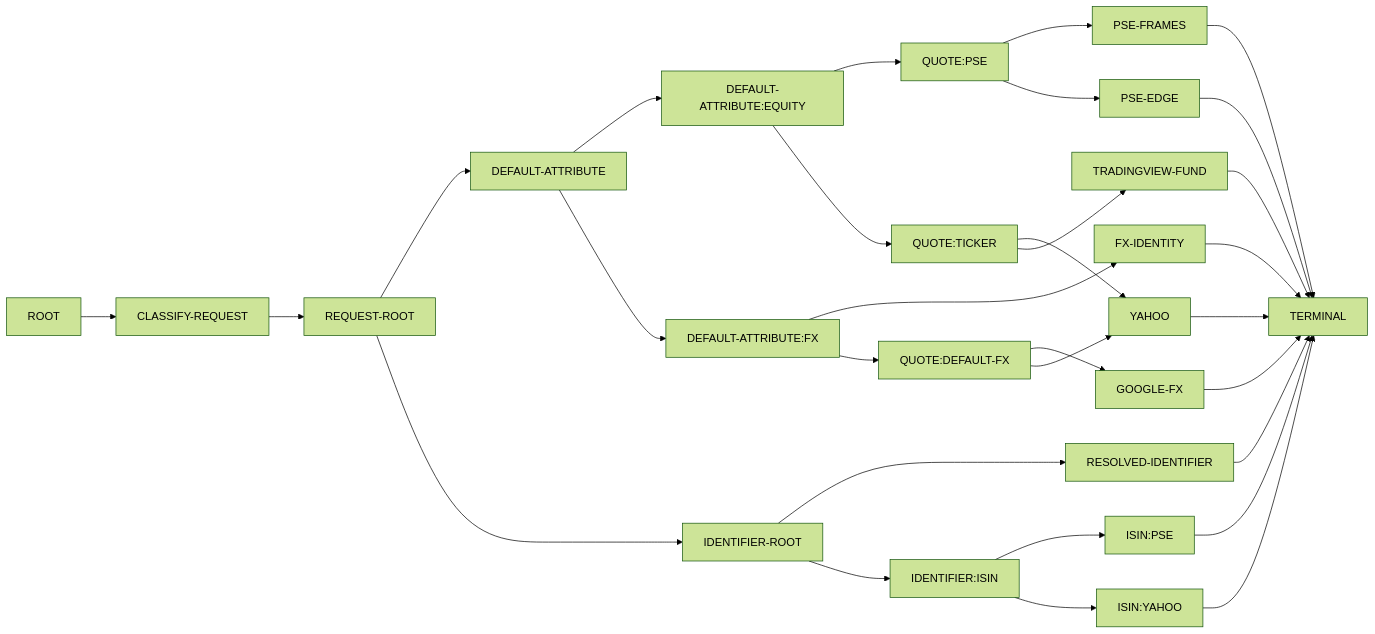
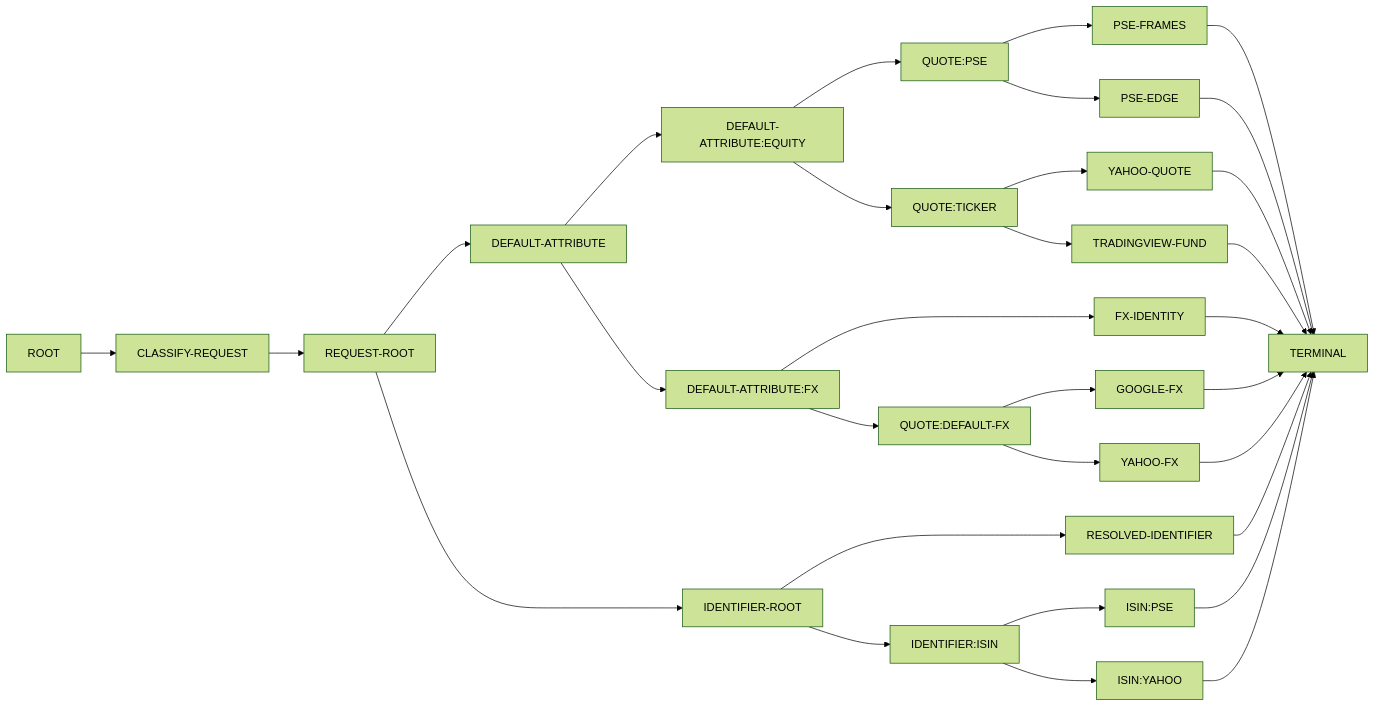
Before and after one commit to omry/hoodlefinance: the first of 3 diagrams in docs/design/routing/execution-graph-compilation.md, drawn with Mermaid (forest theme). The commit also changed 9 other files, not shown here.

Commit message:
Refactor YAHOO routing node into YAHOO-QUOTE and YAHOO-FX

````diff
--- a/docs/design/routing/execution-graph-compilation.md
+++ b/docs/design/routing/execution-graph-compilation.md
@@ -145,53 +145,55 @@
 ```mermaid
 flowchart LR
   N0["ROOT"]
   N1["CLASSIFY-REQUEST"]
   N2["REQUEST-ROOT"]
   N3["DEFAULT-ATTRIBUTE"]
   N4["IDENTIFIER-ROOT"]
   N5["DEFAULT-ATTRIBUTE:EQUITY"]
   N6["DEFAULT-ATTRIBUTE:FX"]
   N7["RESOLVED-IDENTIFIER"]
   N8["IDENTIFIER:ISIN"]
   N9["QUOTE:PSE"]
   N10["QUOTE:TICKER"]
   N11["FX-IDENTITY"]
   N12["QUOTE:DEFAULT-FX"]
   N13["ISIN:PSE"]
   N14["ISIN:YAHOO"]
   N15["PSE-FRAMES"]
   N16["PSE-EDGE"]
-  N17["TRADINGVIEW-FUND"]
-  N18["GOOGLE-FX"]
-  N19["YAHOO"]
-  N20["TERMINAL"]
+  N17["YAHOO-QUOTE"]
+  N18["TRADINGVIEW-FUND"]
+  N19["GOOGLE-FX"]
+  N20["YAHOO-FX"]
+  N21["TERMINAL"]
   N0 --> N1
   N1 --> N2
   N2 --> N3
   N2 --> N4
   N3 --> N5
   N3 --> N6
   N4 --> N7
   N4 --> N8
   N5 --> N9
   N5 --> N10
   N6 --> N11
   N6 --> N12
-  N7 --> N20
+  N7 --> N21
   N8 --> N13
   N8 --> N14
   N9 --> N15
   N9 --> N16
-  N10 --> N19
   N10 --> N17
-  N11 --> N20
-  N12 --> N18
+  N10 --> N18
+  N11 --> N21
   N12 --> N19
-  N13 --> N20
-  N14 --> N20
-  N15 --> N20
-  N16 --> N20
-  N17 --> N20
-  N18 --> N20
-  N19 --> N20
+  N12 --> N20
+  N13 --> N21
+  N14 --> N21
+  N15 --> N21
+  N16 --> N21
+  N17 --> N21
+  N18 --> N21
+  N19 --> N21
+  N20 --> N21
 ```
````
